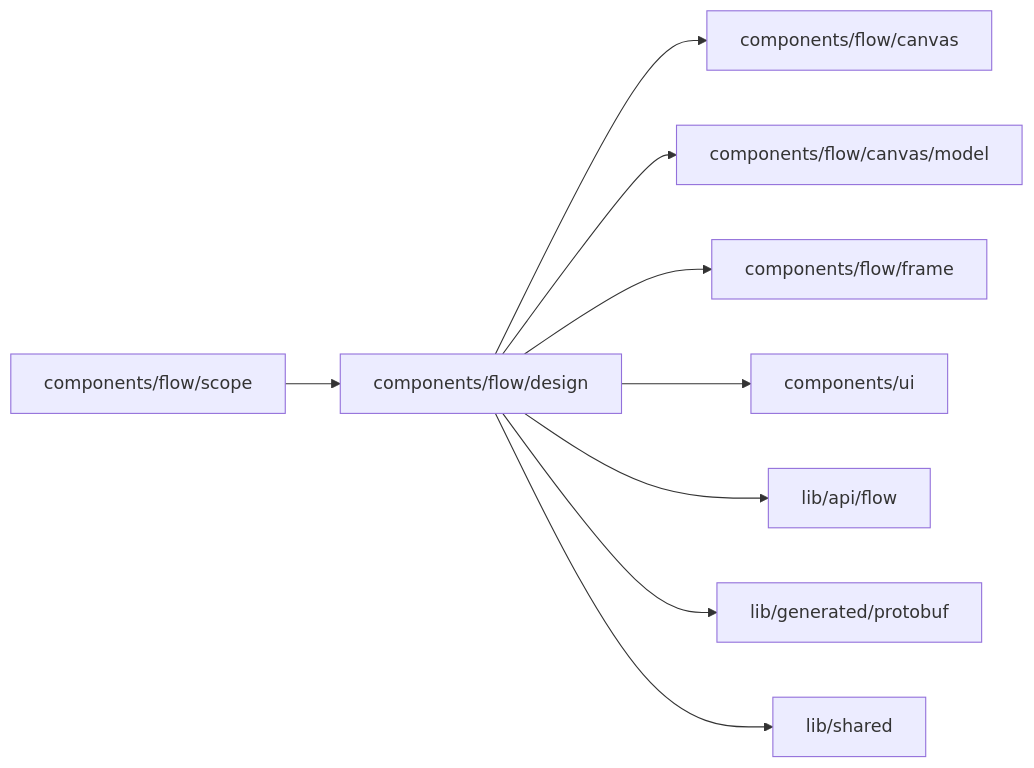
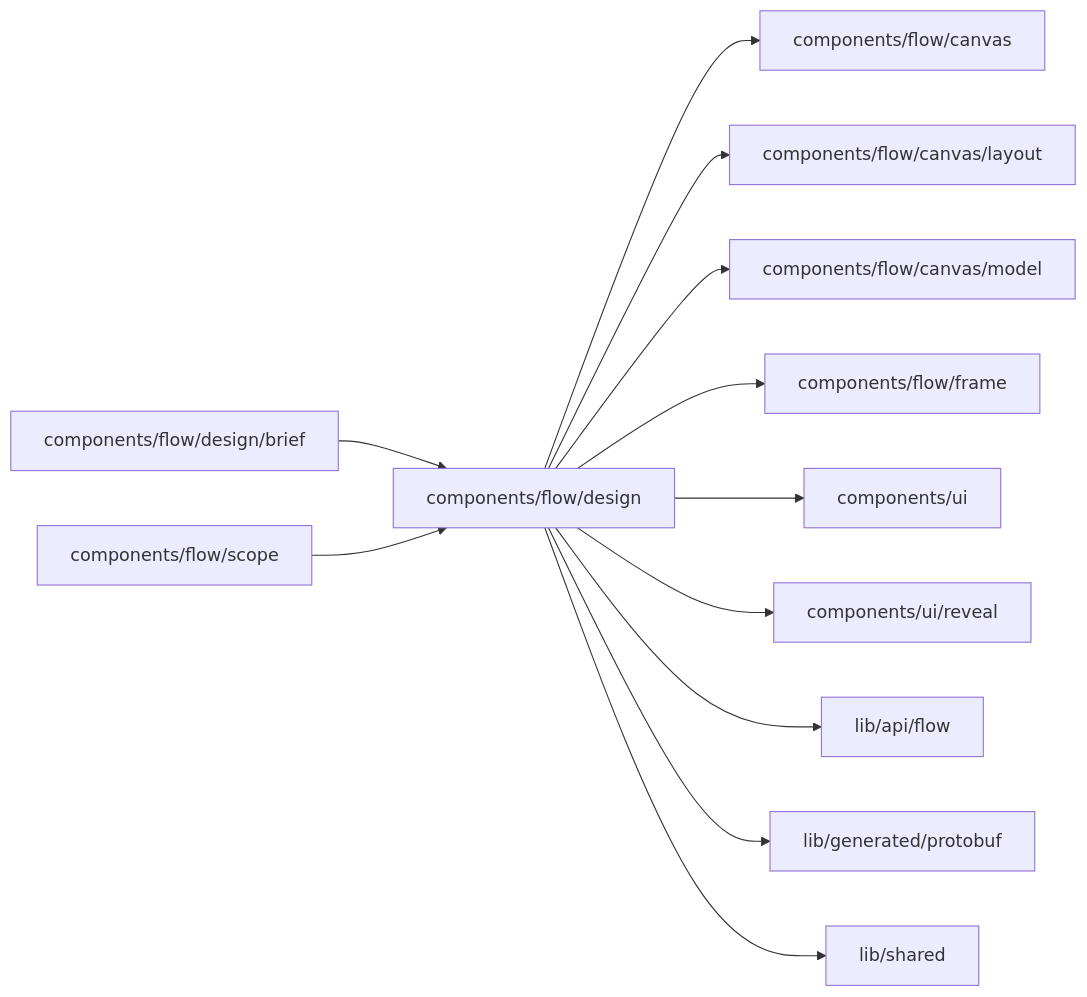
The diagram in web/studio/components/flow/design/README.md (superdurable/superverse), drawn with Mermaid before and after one commit. The commit also changed other lines of this file and 278 other files, not shown here.

````diff
--- a/web/studio/components/flow/design/README.md
+++ b/web/studio/components/flow/design/README.md
@@ -10,12 +10,15 @@
 ```mermaid
 flowchart LR
   self["components/flow/design"]
-  c0["components/flow/scope"] --> self
+  c0["components/flow/design/brief"] --> self
+  c1["components/flow/scope"] --> self
   self --> d0["components/flow/canvas"]
-  self --> d1["components/flow/canvas/model"]
-  self --> d2["components/flow/frame"]
-  self --> d3["components/ui"]
-  self --> d4["lib/api/flow"]
-  self --> d5["lib/generated/protobuf"]
-  self --> d6["lib/shared"]
+  self --> d1["components/flow/canvas/layout"]
+  self --> d2["components/flow/canvas/model"]
+  self --> d3["components/flow/frame"]
+  self --> d4["components/ui"]
+  self --> d5["components/ui/reveal"]
+  self --> d6["lib/api/flow"]
+  self --> d7["lib/generated/protobuf"]
+  self --> d8["lib/shared"]
 ```
````
